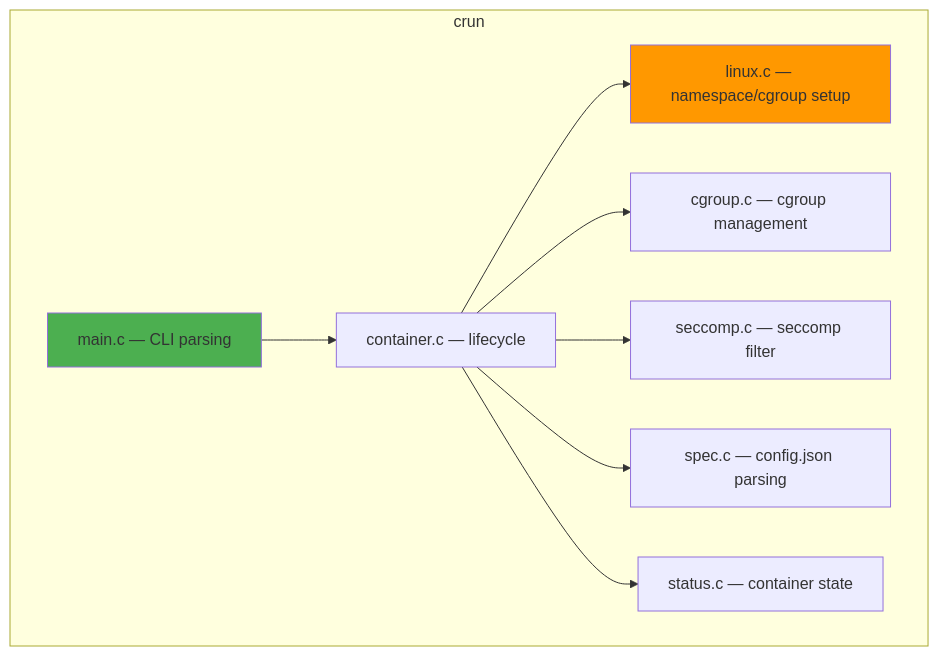
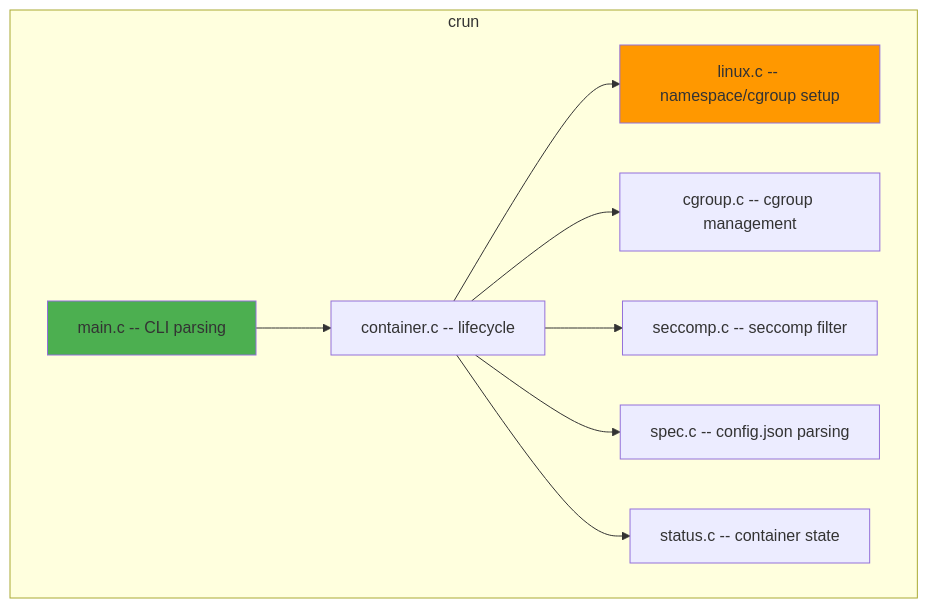
One commit to Abhinav-Kumar012/lb2 changed the fourth of 8 diagrams in src/containers/runtime-internals.md. Above: the diagram before and after it, drawn with Mermaid. The commit also changed other lines of this file and 211 other files, not shown here.

First line of the commit message:
fix: mermaid syntax issues across 212 files

````diff
--- a/src/containers/runtime-internals.md
+++ b/src/containers/runtime-internals.md
@@ -348,22 +348,22 @@
 ```mermaid
 graph TB
     subgraph "crun"
-        MAIN[main.c — CLI parsing]
-        CONTAINER[container.c — lifecycle]
-        LINUX[linux.c — namespace/cgroup setup]
-        CGROUP[cgroup.c — cgroup management]
-        SECCOMP_C[seccomp.c — seccomp filter]
-        SPEC[spec.c — config.json parsing]
-        STATUS[status.c — container state]
+        MAIN[main.c -- CLI parsing]
+        CONTAINER[container.c -- lifecycle]
+        LINUX[linux.c -- namespace/cgroup setup]
+        CGROUP[cgroup.c -- cgroup management]
+        SECCOMP_C[seccomp.c -- seccomp filter]
+        SPEC[spec.c -- config.json parsing]
+        STATUS[status.c -- container state]
     end
 
     MAIN --> CONTAINER
     CONTAINER --> LINUX
     CONTAINER --> CGROUP
     CONTAINER --> SECCOMP_C
     CONTAINER --> SPEC
     CONTAINER --> STATUS
 
     style MAIN fill:#4CAF50
     style LINUX fill:#FF9800
 ```
````
